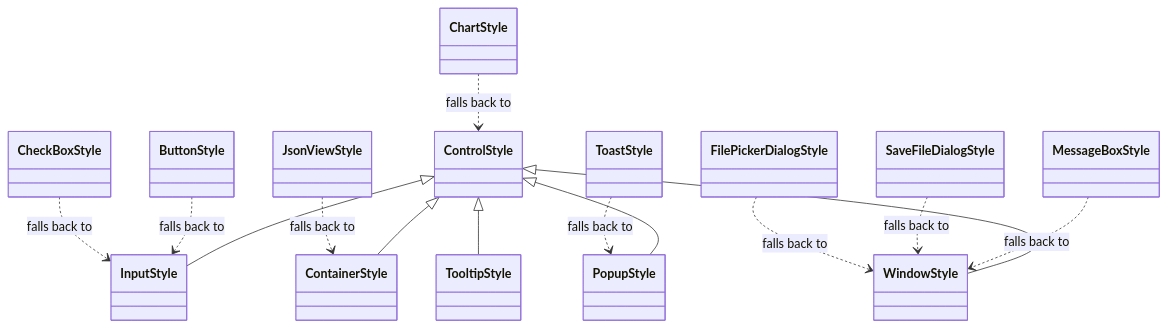
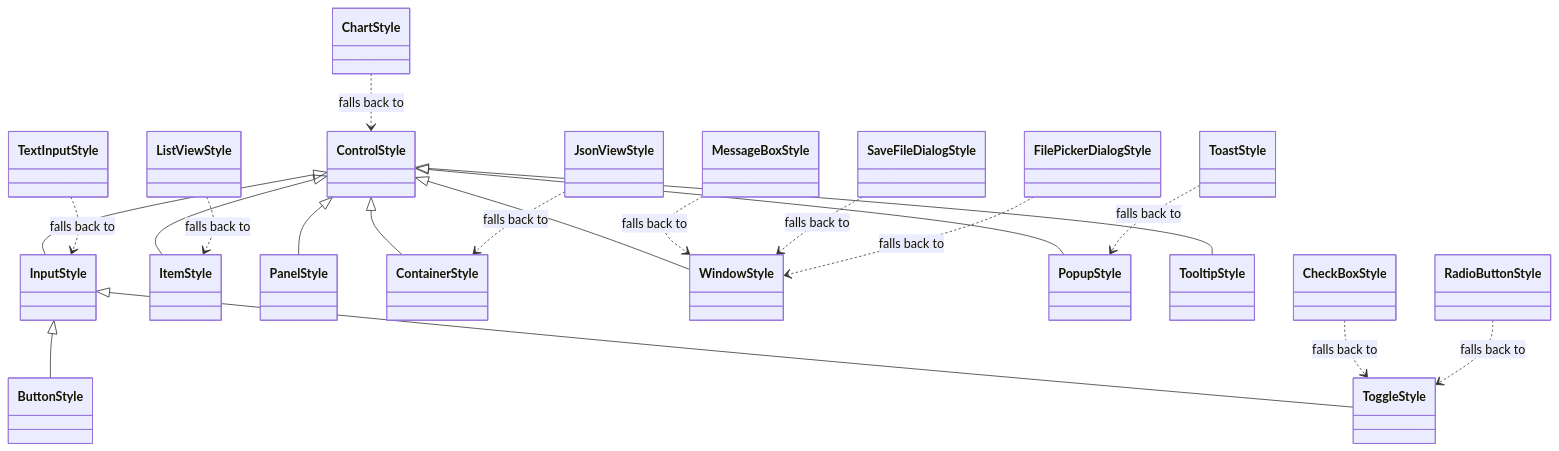
One commit to pavkam/sharp-vision changed the second of 2 diagrams in docs/concepts/themes.md. Above: the diagram before and after it, drawn with Mermaid. The commit also changed other lines of this file and 67 other files, not shown here.

````diff
--- a/docs/concepts/themes.md
+++ b/docs/concepts/themes.md
@@ -163,16 +197,22 @@
 ```mermaid
 classDiagram
     ControlStyle <|-- InputStyle
+    InputStyle <|-- ButtonStyle
+    InputStyle <|-- ToggleStyle
+    ControlStyle <|-- ItemStyle
+    ControlStyle <|-- PanelStyle
     ControlStyle <|-- ContainerStyle
     ControlStyle <|-- WindowStyle
     ControlStyle <|-- PopupStyle
     ControlStyle <|-- TooltipStyle
-    ButtonStyle ..> InputStyle : falls back to
-    CheckBoxStyle ..> InputStyle : falls back to
+    CheckBoxStyle ..> ToggleStyle : falls back to
+    RadioButtonStyle ..> ToggleStyle : falls back to
+    TextInputStyle ..> InputStyle : falls back to
+    ListViewStyle ..> ItemStyle : falls back to
     ChartStyle ..> ControlStyle : falls back to
     JsonViewStyle ..> ContainerStyle : falls back to
     ToastStyle ..> PopupStyle : falls back to
     MessageBoxStyle ..> WindowStyle : falls back to
     SaveFileDialogStyle ..> WindowStyle : falls back to
     FilePickerDialogStyle ..> WindowStyle : falls back to
 ```
````
